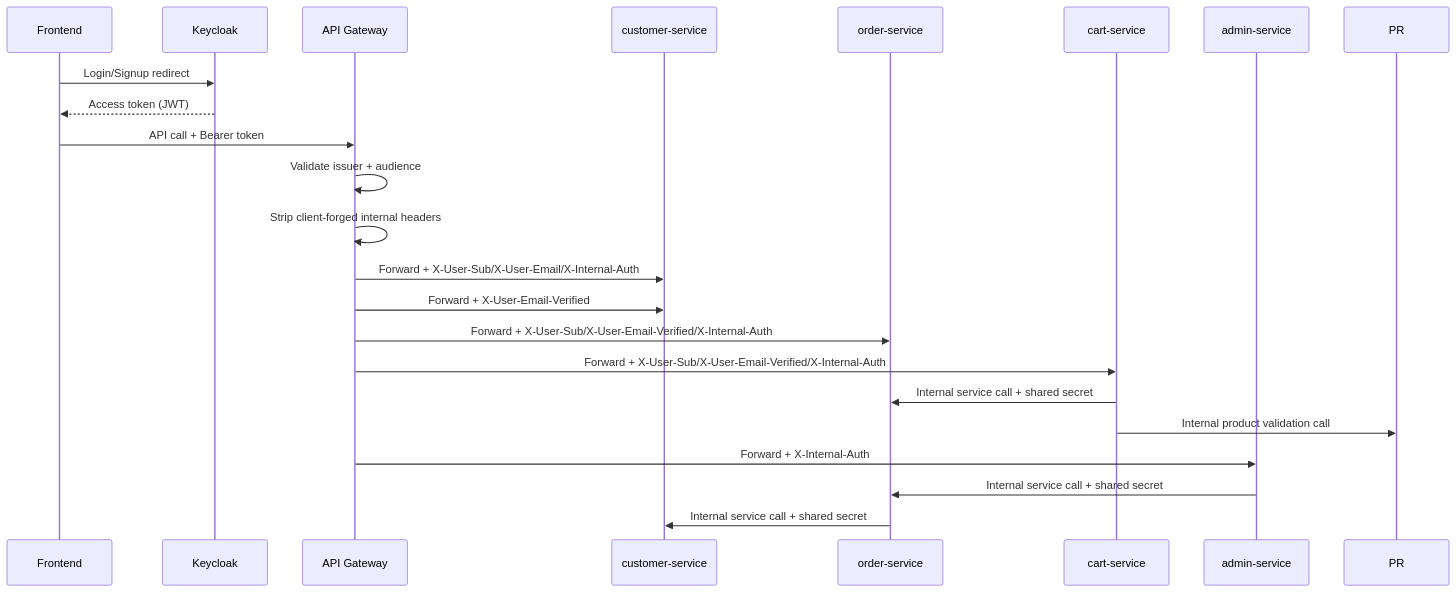
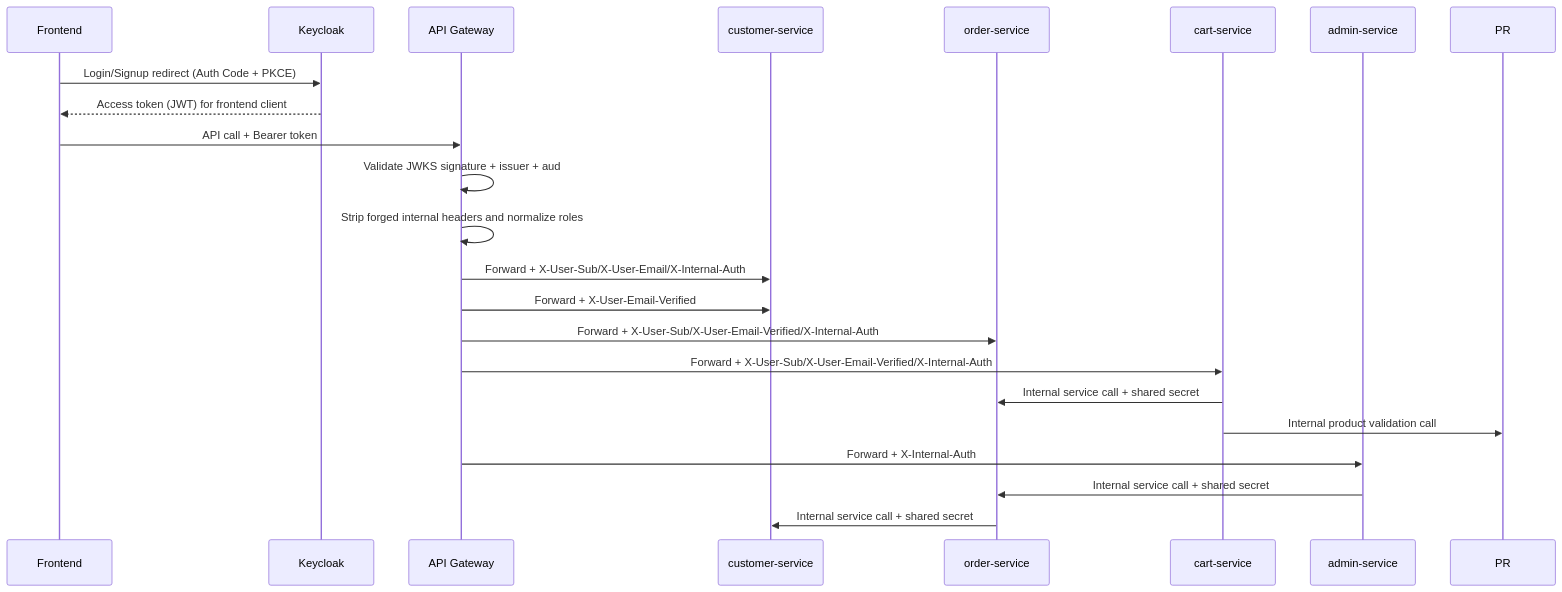
One commit to rumalg123/SpringBoot-Microservice changed the second of 2 diagrams in README.md. Above: the diagram before and after it, drawn with Mermaid. The commit also changed other lines of this file and 32 other files, not shown here.

````diff
--- a/README.md
+++ b/README.md
@@ -309,25 +309,25 @@
 ```mermaid
 sequenceDiagram
     participant UI as Frontend
     participant KC as Keycloak
     participant GW as API Gateway
     participant CS as customer-service
     participant OS as order-service
     participant CART as cart-service
     participant ADS as admin-service
 
-    UI->>KC: Login/Signup redirect
-    KC-->>UI: Access token (JWT)
+    UI->>KC: Login/Signup redirect (Auth Code + PKCE)
+    KC-->>UI: Access token (JWT) for frontend client
     UI->>GW: API call + Bearer token
-    GW->>GW: Validate issuer + audience
-    GW->>GW: Strip client-forged internal headers
+    GW->>GW: Validate JWKS signature + issuer + aud
+    GW->>GW: Strip forged internal headers and normalize roles
     GW->>CS: Forward + X-User-Sub/X-User-Email/X-Internal-Auth
     GW->>CS: Forward + X-User-Email-Verified
     GW->>OS: Forward + X-User-Sub/X-User-Email-Verified/X-Internal-Auth
     GW->>CART: Forward + X-User-Sub/X-User-Email-Verified/X-Internal-Auth
     CART->>OS: Internal service call + shared secret
     CART->>PR: Internal product validation call
     GW->>ADS: Forward + X-Internal-Auth
     ADS->>OS: Internal service call + shared secret
     OS->>CS: Internal service call + shared secret
 ```
````
